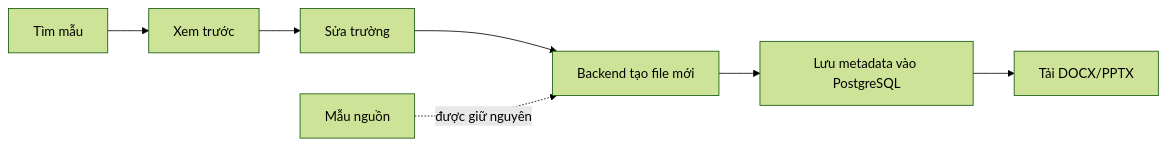
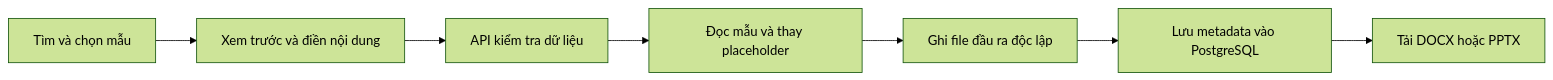
Before and after one commit to tranchien2105/document-template-library: the first of 2 diagrams in README.md, drawn with Mermaid (forest theme). The commit also changed other lines of this file, not shown here.

````diff
--- a/README.md
+++ b/README.md
@@ -61,9 +85,9 @@
 ```mermaid
 flowchart LR
-    A[Tìm mẫu] --> B[Xem trước]
-    B --> C[Sửa trường]
-    C --> D[Backend tạo file mới]
-    D --> E[Lưu metadata vào PostgreSQL]
-    E --> F[Tải DOCX/PPTX]
-    G[Mẫu nguồn] -. được giữ nguyên .-> D
+    A[Tìm và chọn mẫu] --> B[Xem trước và điền nội dung]
+    B --> C[API kiểm tra dữ liệu]
+    C --> D[Đọc mẫu và thay placeholder]
+    D --> E[Ghi file đầu ra độc lập]
+    E --> F[Lưu metadata vào PostgreSQL]
+    F --> G[Tải DOCX hoặc PPTX]
 ```
````
